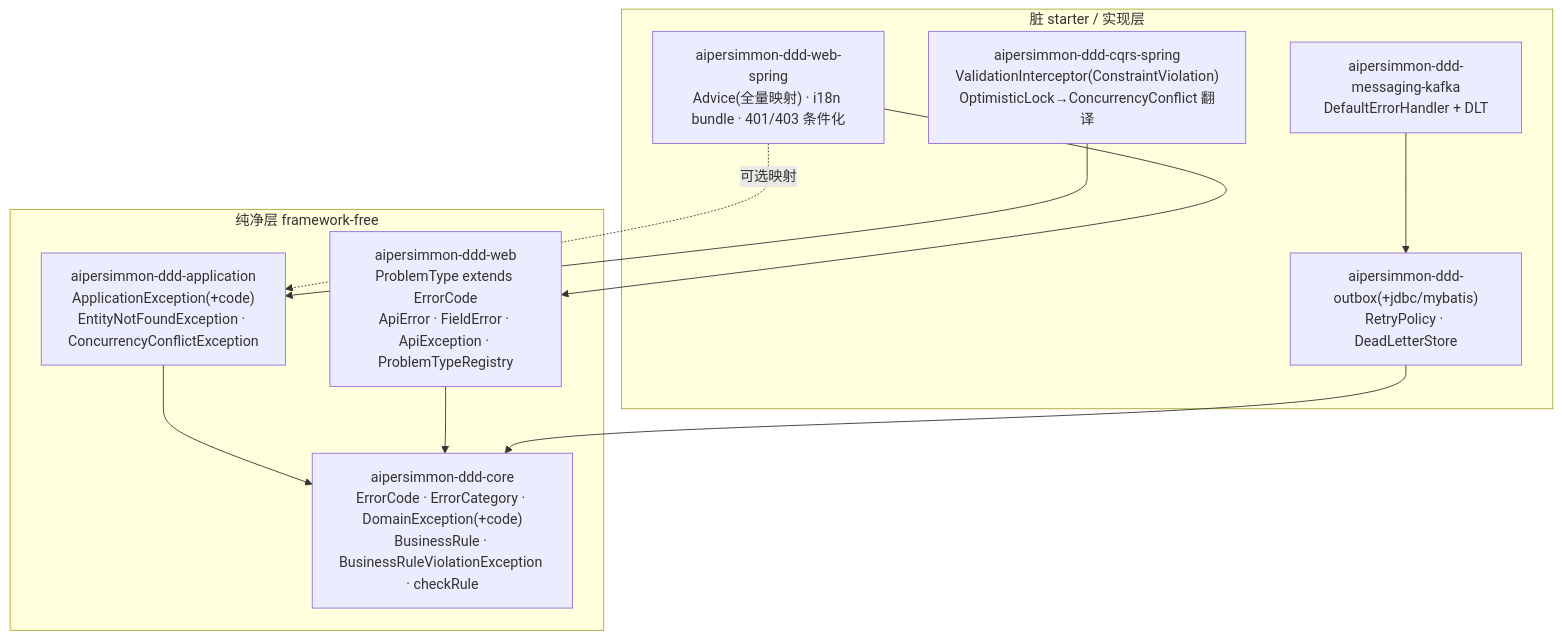
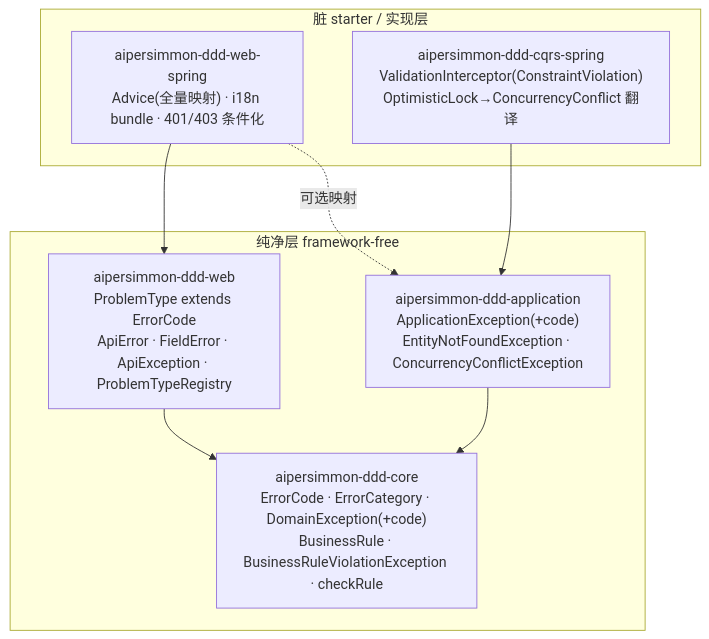
Before and after one commit to ryan-alexander-zhang/ai-native-project-template: the first of 3 diagrams in docs/design/design-00003-exception-model.md, drawn with Mermaid. The commit also changed other lines of this file and 4 other files, not shown here.

````diff
--- a/docs/design/design-00003-exception-model.md
+++ b/docs/design/design-00003-exception-model.md
@@ -42,22 +43,18 @@
 ```mermaid
 flowchart TD
   subgraph pure["纯净层 framework-free"]
     core["aipersimmon-ddd-core<br/>ErrorCode · ErrorCategory · DomainException(+code)<br/>BusinessRule · BusinessRuleViolationException · checkRule"]
     app["aipersimmon-ddd-application<br/>ApplicationException(+code)<br/>EntityNotFoundException · ConcurrencyConflictException"]
     web["aipersimmon-ddd-web<br/>ProblemType extends ErrorCode<br/>ApiError · FieldError · ApiException · ProblemTypeRegistry"]
   end
   subgraph dirty["脏 starter / 实现层"]
     webspring["aipersimmon-ddd-web-spring<br/>Advice(全量映射) · i18n bundle · 401/403 条件化"]
     cqrsspring["aipersimmon-ddd-cqrs-spring<br/>ValidationInterceptor(ConstraintViolation)<br/>OptimisticLock→ConcurrencyConflict 翻译"]
-    outbox["aipersimmon-ddd-outbox(+jdbc/mybatis)<br/>RetryPolicy · DeadLetterStore"]
-    kafka["aipersimmon-ddd-messaging-kafka<br/>DefaultErrorHandler + DLT"]
   end
 
   app --> core
   web --> core
   webspring --> web
   webspring -. 可选映射 .-> app
   cqrsspring --> app
-  outbox --> core
-  kafka --> outbox
 ```
````
